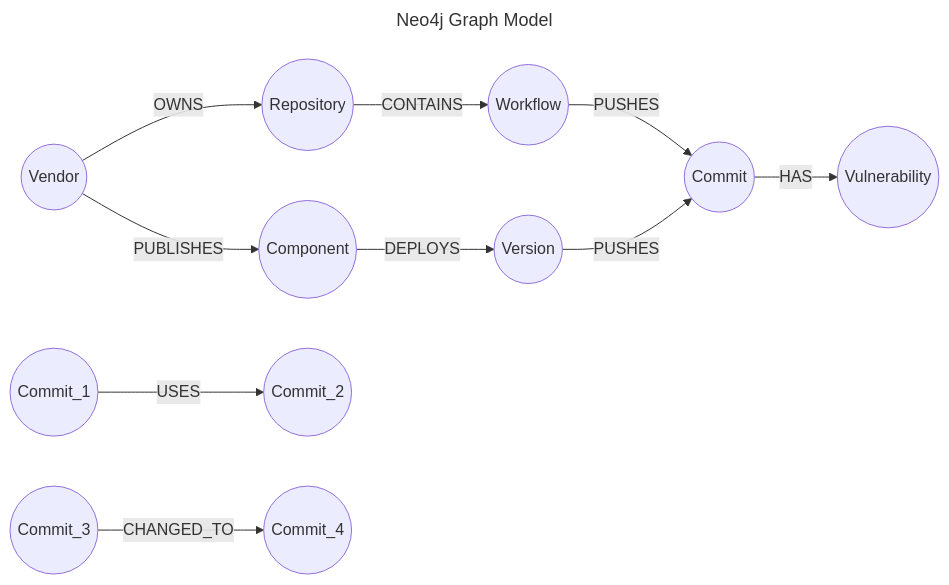
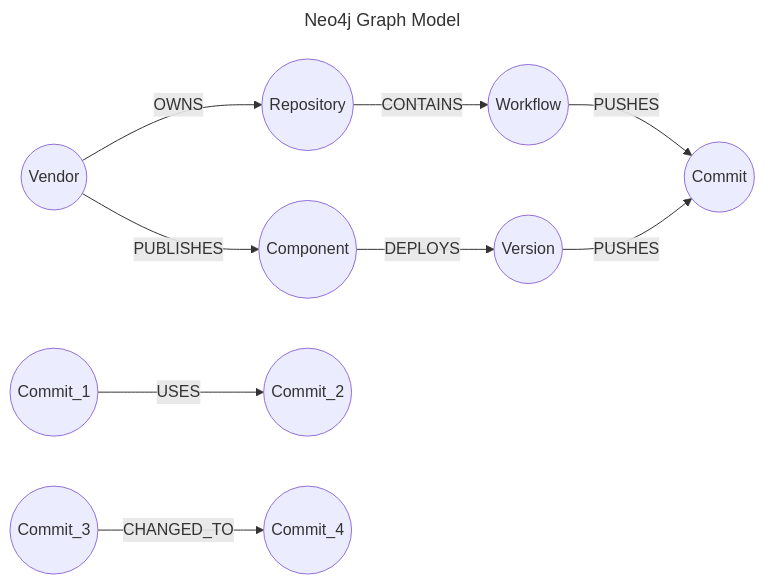
The diagram in docs/neo4j/neo.mmd (aegis-forge/kleio), drawn with Mermaid before and after one commit. The commit also changed 6 other files, not shown here.

```diff
--- a/docs/neo4j/neo.mmd
+++ b/docs/neo4j/neo.mmd
@@ -1,28 +1,28 @@
 ---
 title: Neo4j Graph Model
 ---
 
 flowchart LR
     VENDOR((Vendor))
     REPOSITORY((Repository))
     WORKFLOW((Workflow))
     COMMIT((Commit))
     COMPONENT((Component))
     VERSION((Version))
-    VUNLNERABILITY((Vulnerability))
+    %% VUNLNERABILITY((Vulnerability))
 
     VENDOR -->|OWNS| REPOSITORY
     VENDOR -->|PUBLISHES| COMPONENT
     REPOSITORY -->|CONTAINS| WORKFLOW
     WORKFLOW -->|PUSHES| COMMIT
     COMPONENT -->|DEPLOYS| VERSION
     VERSION -->|PUSHES| COMMIT
-    COMMIT -->|HAS| VUNLNERABILITY
+    %% COMMIT -->|HAS| VUNLNERABILITY
     
     C1((Commit_1))
     C2((Commit_2))
     C3((Commit_3))
     C4((Commit_4))
 
     C1 -->|USES| C2
     C3 -->|CHANGED_TO| C4
```
